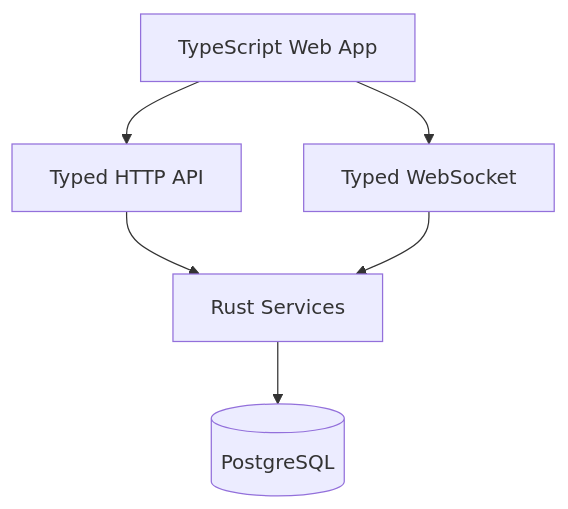
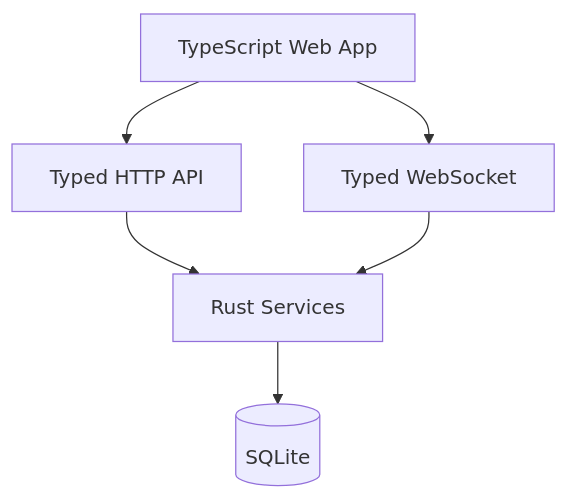
The diagram in docs/spec/architecture/README.md (lkjsxc/kjxlkj), drawn with Mermaid before and after one commit. The commit also changed other lines of this file and 143 other files, not shown here.

````diff
--- a/docs/spec/architecture/README.md
+++ b/docs/spec/architecture/README.md
@@ -18,14 +18,14 @@
 ```mermaid
 graph TD
  HTTP[Typed HTTP API]
  WS[Typed WebSocket]
  APP[Rust Services]
- DB[(PostgreSQL)]
+ DB[(SQLite)]
  UI[TypeScript Web App]
 
  UI --> HTTP
  UI --> WS
  HTTP --> APP
  WS --> APP
  APP --> DB
 ```
````
